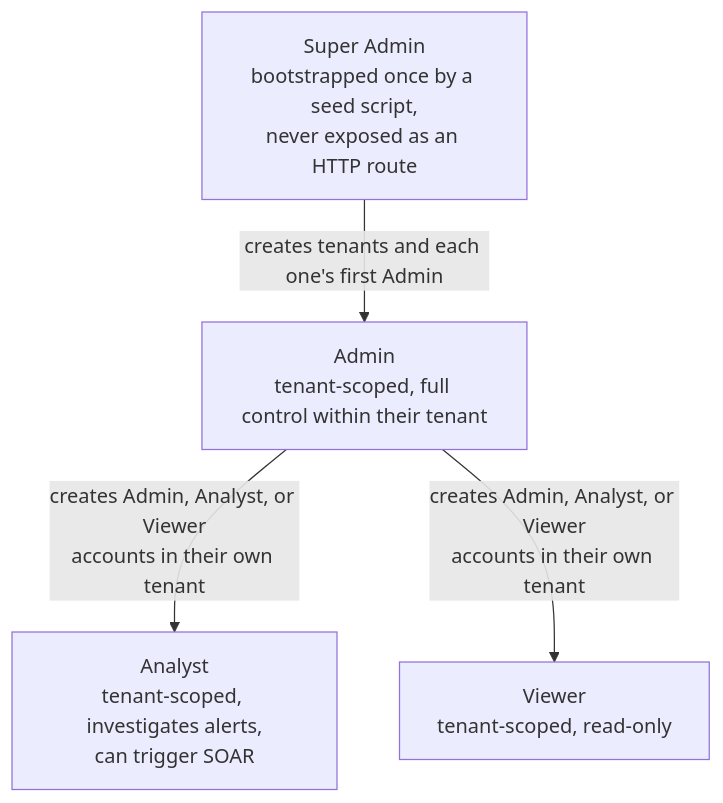
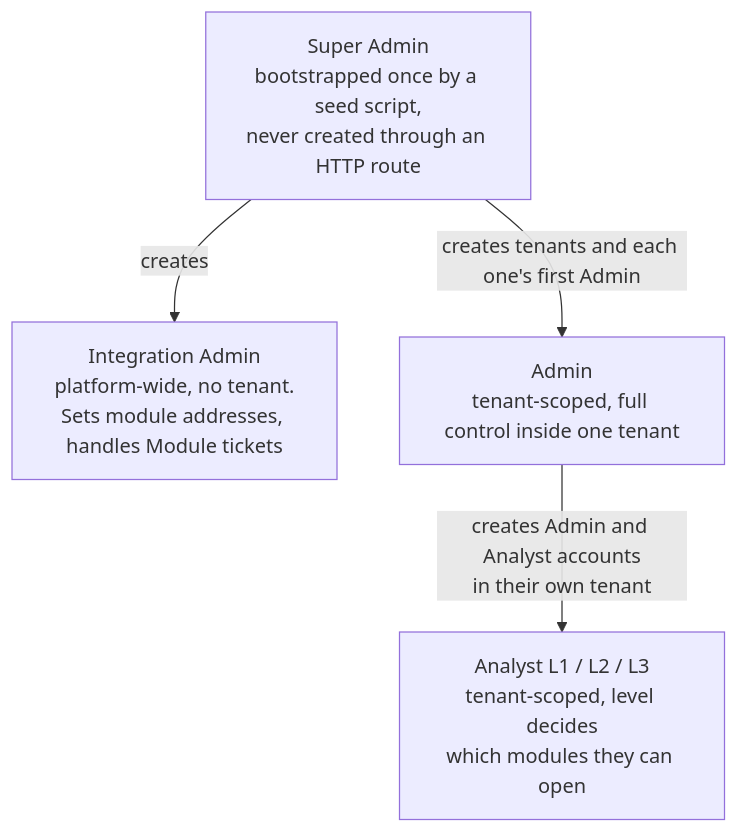
One commit to 0xkoat/backend-gerance changed the first of 2 diagrams in README.md. Above: the diagram before and after it, drawn with Mermaid. The commit also changed other lines of this file, not shown here.

First line of the commit message:
docs: rewrite the README for the v2 platform

````diff
--- a/README.md
+++ b/README.md
@@ -108,11 +72,11 @@
 ```mermaid
 flowchart TD
-    SA["Super Admin<br/>bootstrapped once by a seed script,<br/>never exposed as an HTTP route"]
-    A["Admin<br/>tenant-scoped, full control within their tenant"]
-    AN["Analyst<br/>tenant-scoped, investigates alerts,<br/>can trigger SOAR"]
-    V["Viewer<br/>tenant-scoped, read-only"]
+    SA["Super Admin<br/>bootstrapped once by a seed script,<br/>never created through an HTTP route"]
+    IA["Integration Admin<br/>platform-wide, no tenant.<br/>Sets module addresses, handles Module tickets"]
+    A["Admin<br/>tenant-scoped, full control inside one tenant"]
+    AN["Analyst L1 / L2 / L3<br/>tenant-scoped, level decides<br/>which modules they can open"]
 
+    SA -->|creates| IA
     SA -->|creates tenants and each one's first Admin| A
-    A -->|creates Admin, Analyst, or Viewer<br/>accounts in their own tenant| AN
-    A -->|creates Admin, Analyst, or Viewer<br/>accounts in their own tenant| V
+    A -->|creates Admin and Analyst accounts<br/>in their own tenant| AN
 ```
````
